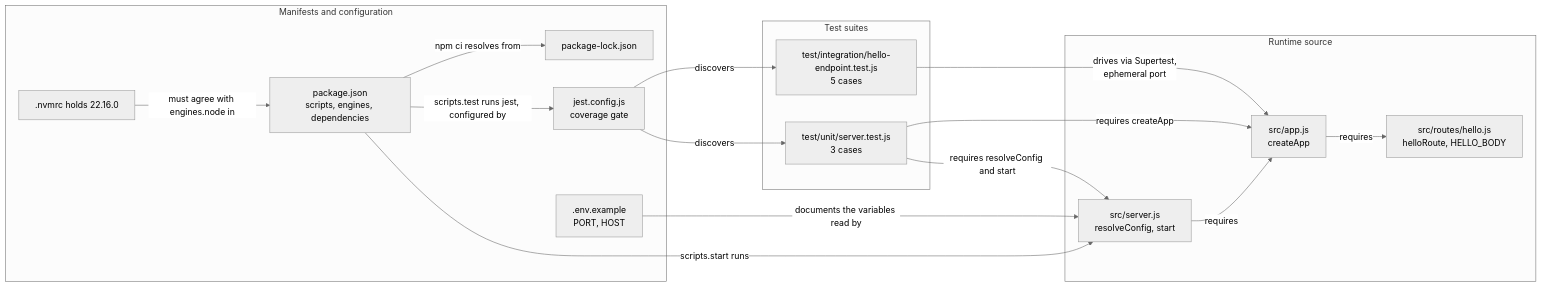
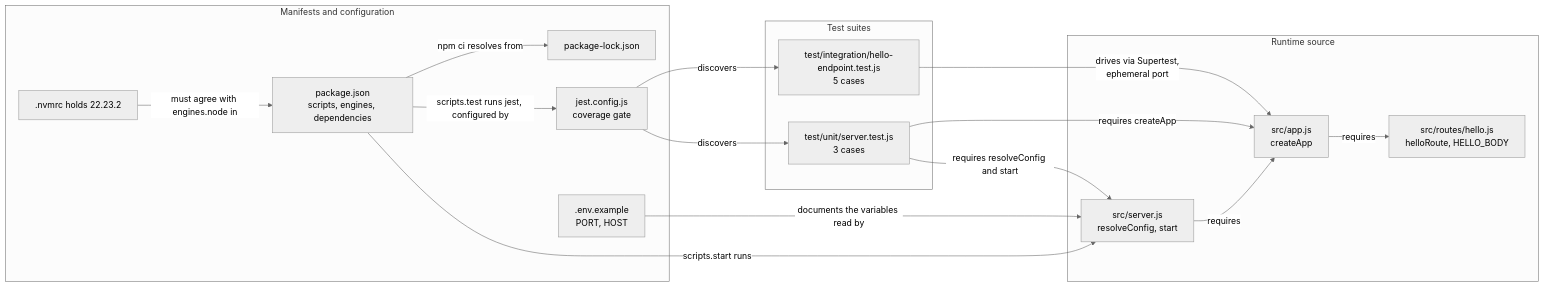
One commit to blitzytest02/blitzy-20250603112937552 changed the third of 3 diagrams in src/nodejs-tutorial/README.md. Above: the diagram before and after it, drawn with Mermaid (neutral theme). The commit also changed other lines of this file and 11 other files, not shown here.

````diff
--- a/src/nodejs-tutorial/README.md
+++ b/src/nodejs-tutorial/README.md
@@ -944,32 +1033,32 @@
 ```mermaid
 flowchart LR
     subgraph RuntimeSrc["Runtime source"]
         Server["src/server.js<br/>resolveConfig, start"]
         App["src/app.js<br/>createApp"]
         Hello["src/routes/hello.js<br/>helloRoute, HELLO_BODY"]
     end
     subgraph TestSuites["Test suites"]
         UnitT["test/unit/server.test.js<br/>3 cases"]
         IntT["test/integration/hello-endpoint.test.js<br/>5 cases"]
     end
     subgraph Manifests["Manifests and configuration"]
         Pkg["package.json<br/>scripts, engines, dependencies"]
         Lock["package-lock.json"]
-        Nvm[".nvmrc holds 22.16.0"]
+        Nvm[".nvmrc holds 22.23.2"]
         JestCfg["jest.config.js<br/>coverage gate"]
         EnvEx[".env.example<br/>PORT, HOST"]
     end
 
     Server -->|requires| App
     App -->|requires| Hello
     UnitT -->|"requires resolveConfig and start"| Server
     UnitT -->|"requires createApp"| App
     IntT -->|"drives via Supertest,<br/>ephemeral port"| App
     Pkg -->|"scripts.start runs"| Server
     Pkg -->|"scripts.test runs jest, configured by"| JestCfg
     Pkg -->|"npm ci resolves from"| Lock
     Nvm -->|"must agree with engines.node in"| Pkg
     EnvEx -->|"documents the variables read by"| Server
     JestCfg -->|discovers| UnitT
     JestCfg -->|discovers| IntT
 ```
````
